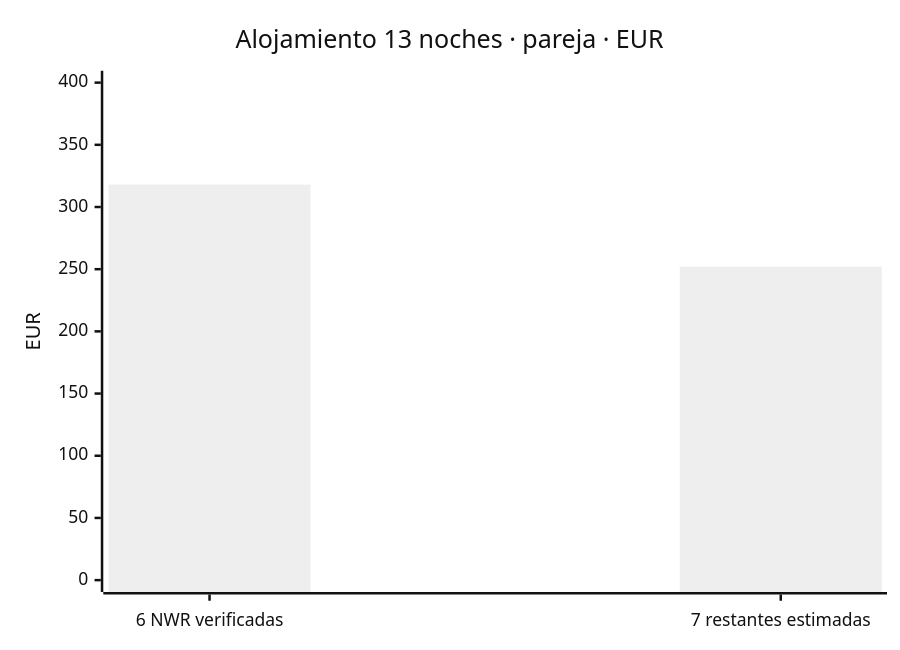
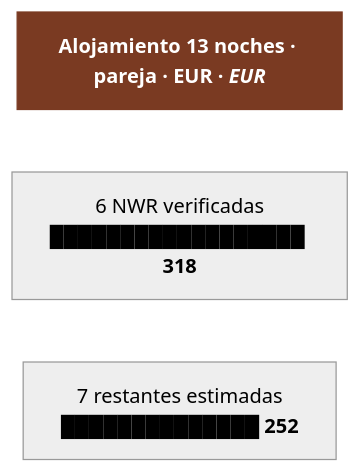
One commit to morandeirachema/namibia changed the second of 5 diagrams in 10-presupuesto.md. Above: the diagram before and after it, drawn with Mermaid (neutral theme). The commit also changed other lines of this file and 9 other files, not shown here.

Commit message:
Cambiar los 23 graficos xychart-beta por barras de flowchart: GitHub no renderiza los tipos beta de Mermaid

````diff
--- a/10-presupuesto.md
+++ b/10-presupuesto.md
@@ -121,7 +121,9 @@
 ```mermaid
-xychart-beta
-    title "Alojamiento 13 noches · pareja · EUR"
-    x-axis ["6 NWR verificadas", "7 restantes estimadas"]
-    y-axis "EUR" 0 --> 400
-    bar [318, 252]
+flowchart TD
+    T["<b>Alojamiento 13 noches · pareja · EUR · <i>EUR</i></b>"]
+    n0["6 NWR verificadas<br/>██████████████████ <b>318</b>"]
+    n1["7 restantes estimadas<br/>██████████████ <b>252</b>"]
+    T ~~~ n0
+    n0 ~~~ n1
+    style T fill:#7a3a22,color:#fff,stroke:#7a3a22
 ```
````
